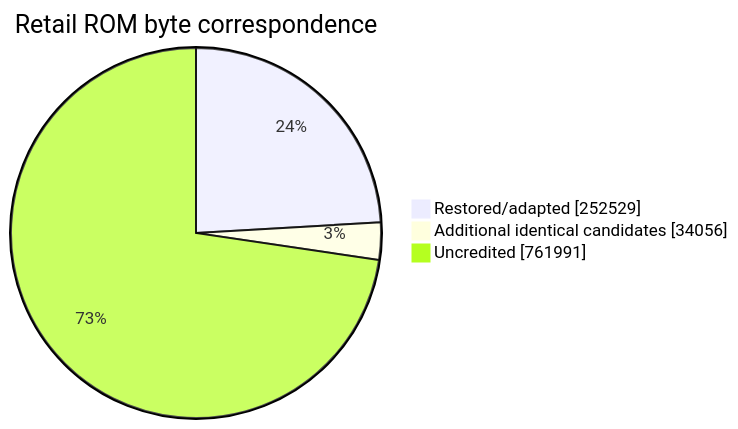
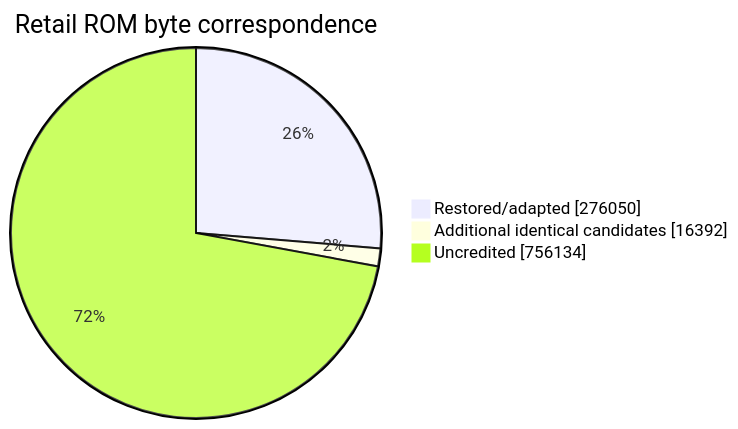
The second of 2 diagrams in readme.md (NachtRaveVL/stuntracefx), drawn with Mermaid before and after one commit. The commit also changed other lines of this file and 19 other files, not shown here.

````diff
--- a/readme.md
+++ b/readme.md
@@ -110,7 +110,7 @@
 ```mermaid
 pie showData
     title Retail ROM byte correspondence
-    "Restored/adapted" : 252529
-    "Additional identical candidates" : 34056
-    "Uncredited" : 761991
+    "Restored/adapted" : 276050
+    "Additional identical candidates" : 16392
+    "Uncredited" : 756134
 ```
````
